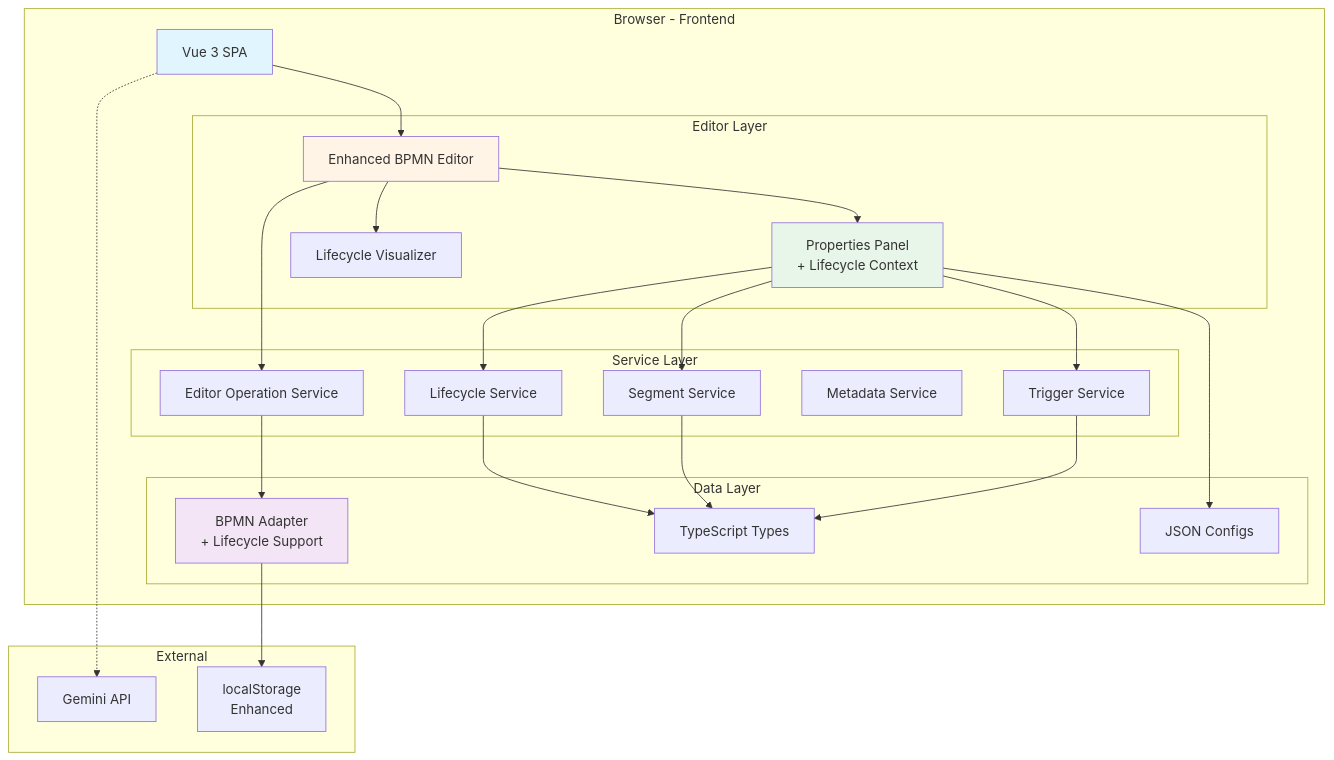
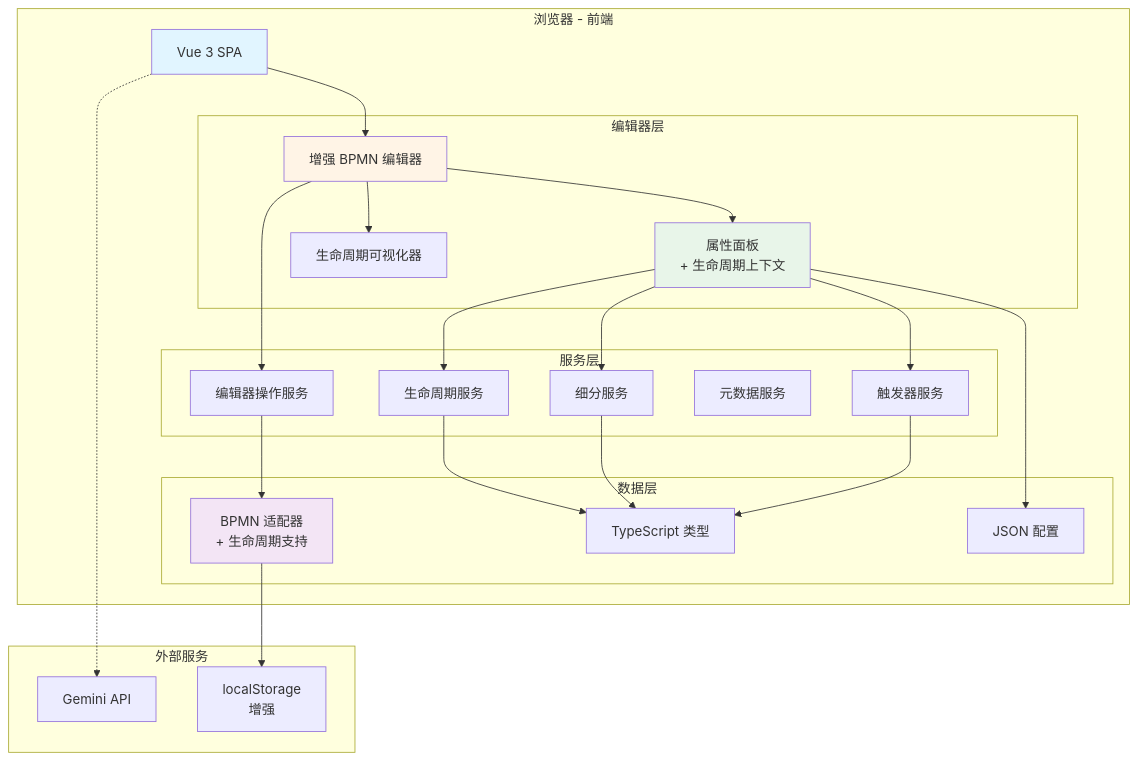
The second of 14 diagrams in openspec/changes/archive/2025-12-19-add-lifecycle-operations-foundation/ARCHITECTURE.md (liushuai0109/workflow-engine), drawn with Mermaid before and after one commit. The commit also changed other lines of this file and 12 other files, not shown here.

````diff
--- a/openspec/changes/archive/2025-12-19-add-lifecycle-operations-foundation/ARCHITECTURE.md
+++ b/openspec/changes/archive/2025-12-19-add-lifecycle-operations-foundation/ARCHITECTURE.md
@@ -40,52 +40,52 @@
 ```mermaid
 graph TB
-    subgraph "Browser - Frontend"
+    subgraph "浏览器 - 前端"
         UI[Vue 3 SPA]
 
-        subgraph "Editor Layer"
-            Editor[Enhanced BPMN Editor]
-            Props[Properties Panel<br/>+ Lifecycle Context]
-            Viz[Lifecycle Visualizer]
+        subgraph "编辑器层"
+            Editor[增强 BPMN 编辑器]
+            Props[属性面板<br/>+ 生命周期上下文]
+            Viz[生命周期可视化器]
         end
 
-        subgraph "Service Layer"
-            LS[Lifecycle Service]
-            SS[Segment Service]
-            TS[Trigger Service]
-            MS[Metadata Service]
-            EOS[Editor Operation Service]
+        subgraph "服务层"
+            LS[生命周期服务]
+            SS[细分服务]
+            TS[触发器服务]
+            MS[元数据服务]
+            EOS[编辑器操作服务]
         end
 
-        subgraph "Data Layer"
-            Adapter[BPMN Adapter<br/>+ Lifecycle Support]
-            Types[TypeScript Types]
-            Config[JSON Configs]
+        subgraph "数据层"
+            Adapter[BPMN 适配器<br/>+ 生命周期支持]
+            Types[TypeScript 类型]
+            Config[JSON 配置]
         end
 
         UI --> Editor
         Editor --> Props
         Editor --> Viz
         Props --> LS
         Props --> SS
         Props --> TS
         Editor --> EOS
         EOS --> Adapter
         LS --> Types
         SS --> Types
         TS --> Types
         Props --> Config
     end
 
-    subgraph "External"
+    subgraph "外部服务"
         LLM[Gemini API]
-        Storage[localStorage<br/>Enhanced]
+        Storage[localStorage<br/>增强]
     end
 
     Adapter --> Storage
     UI -.-> LLM
 
     style UI fill:#e1f5ff
     style Editor fill:#fff4e6
     style Props fill:#e8f5e9
     style Adapter fill:#f3e5f5
 ```
````
